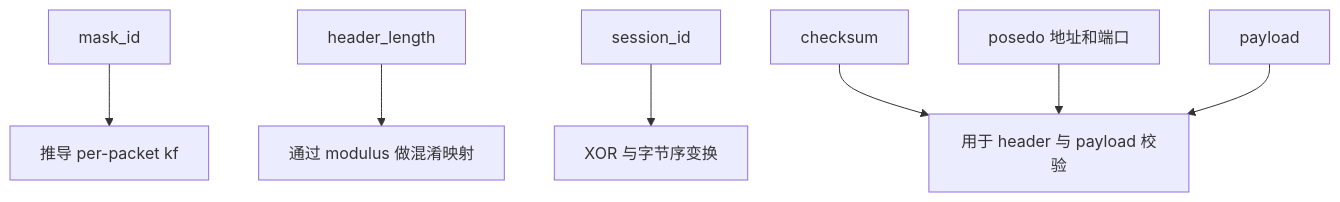
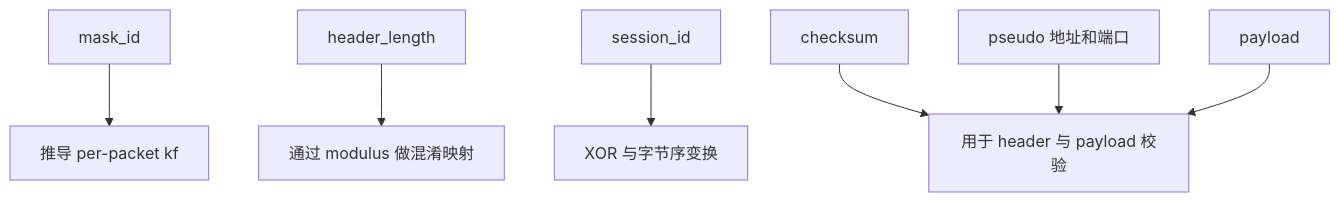
Before and after one commit to HyacinthHaru/openppp2: the second of 3 diagrams in docs/PACKET_FORMATS_CN.md, drawn with Mermaid. The commit also changed other lines of this file and 45 other files, not shown here.

````diff
--- a/docs/PACKET_FORMATS_CN.md
+++ b/docs/PACKET_FORMATS_CN.md
@@ -130,9 +120,9 @@
 ```mermaid
 flowchart TD
     A[mask_id] --> B[推导 per-packet kf]
     C[header_length] --> D[通过 modulus 做混淆映射]
     E[session_id] --> F[XOR 与字节序变换]
     G[checksum] --> H[用于 header 与 payload 校验]
-    I[posedo 地址和端口] --> H
+    I[pseudo 地址和端口] --> H
     J[payload] --> H
 ```
````
